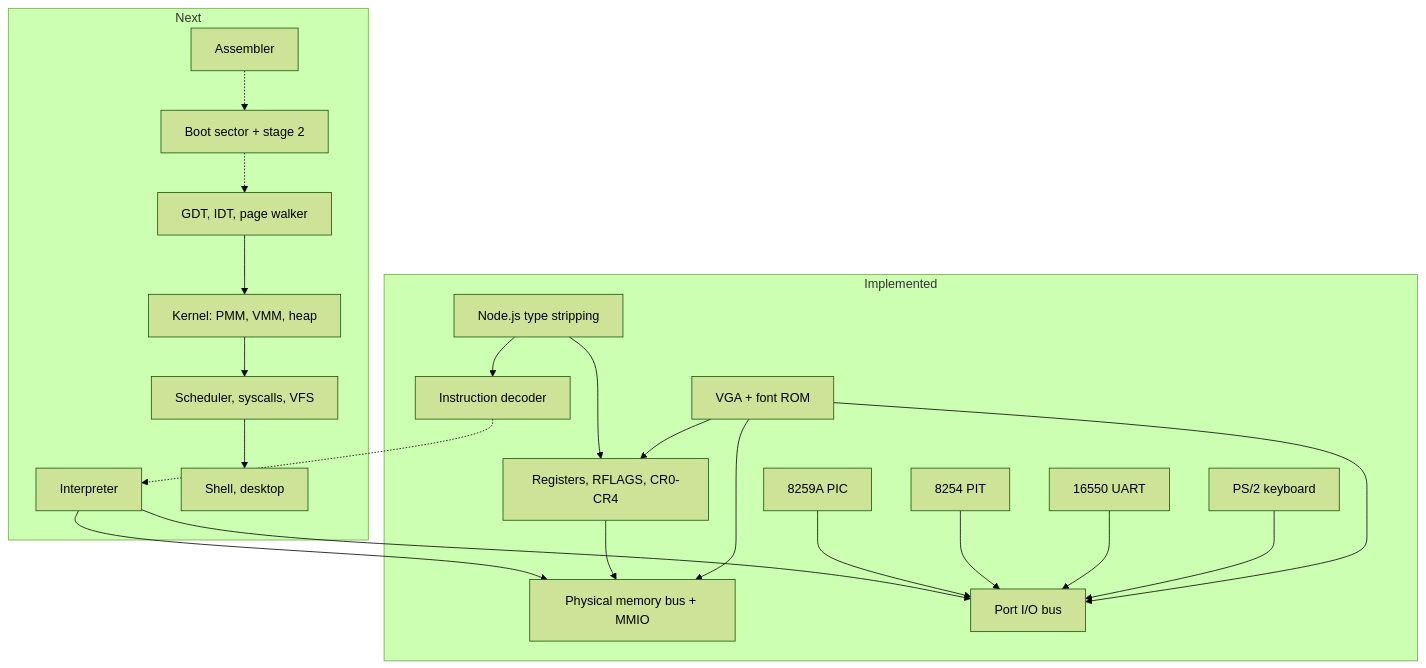
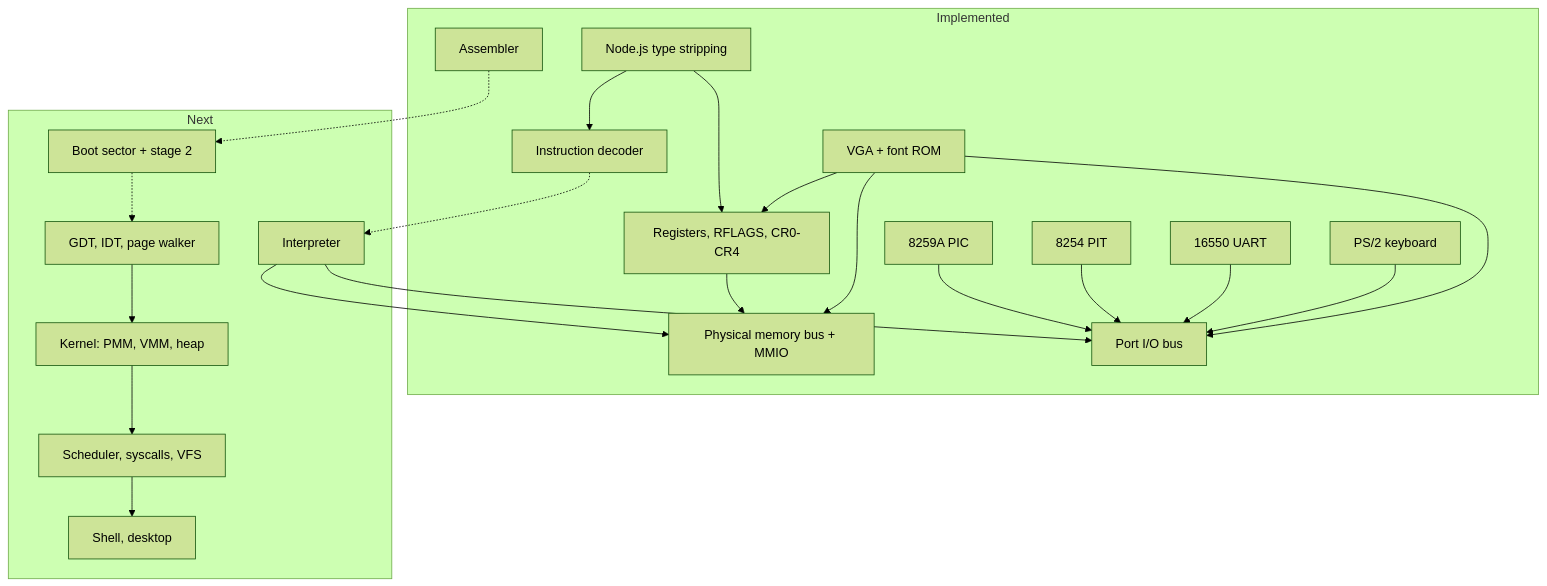
One commit to muraa-p/verixos changed the diagram in README.md. Above: the diagram before and after it, drawn with Mermaid (forest theme). The commit also changed other lines of this file and 3 other files, not shown here.

````diff
--- a/README.md
+++ b/README.md
@@ -211,44 +236,44 @@
 ```mermaid
 graph TD
   subgraph built["Implemented"]
     nodejs["Node.js type stripping"]
     regs["Registers, RFLAGS, CR0-CR4"]
     decode["Instruction decoder"]
     mem["Physical memory bus + MMIO"]
     portio["Port I/O bus"]
     pic["8259A PIC"]
     pit["8254 PIT"]
     uart["16550 UART"]
     kbd["PS/2 keyboard"]
     vga["VGA + font ROM"]
+    asm["Assembler"]
   end
 
   subgraph next["Next"]
     interp["Interpreter"]
-    asm["Assembler"]
     boot["Boot sector + stage 2"]
     gdtidt["GDT, IDT, page walker"]
     kernel["Kernel: PMM, VMM, heap"]
     sys["Scheduler, syscalls, VFS"]
     user["Shell, desktop"]
   end
 
   nodejs --> decode
   nodejs --> regs
   decode -.-> interp
   asm -.-> boot
   boot -.-> gdtidt
   interp --> mem
   regs --> mem
   interp --> portio
   pic --> portio
   pit --> portio
   uart --> portio
   kbd --> portio
   vga --> mem
   vga --> portio
   vga --> regs
   gdtidt --> kernel
   kernel --> sys
   sys --> user
 ```
````
